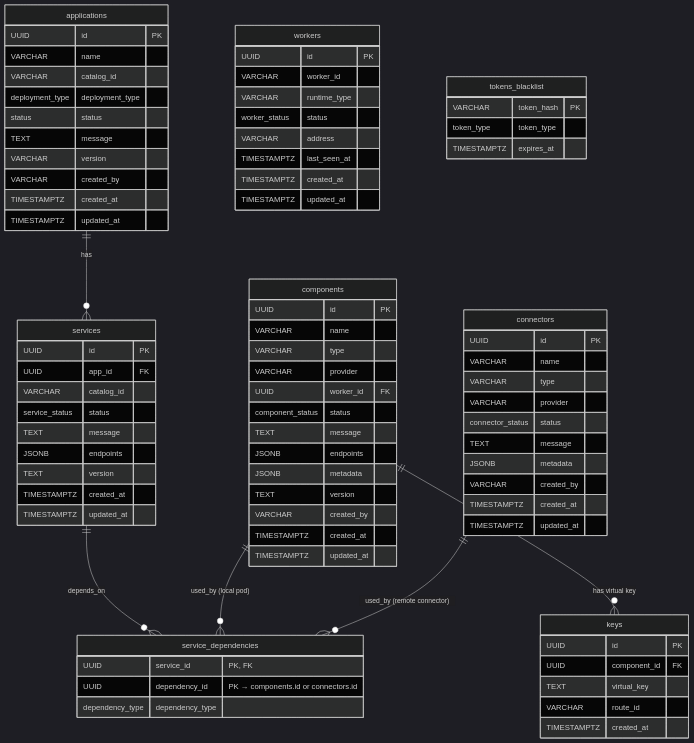
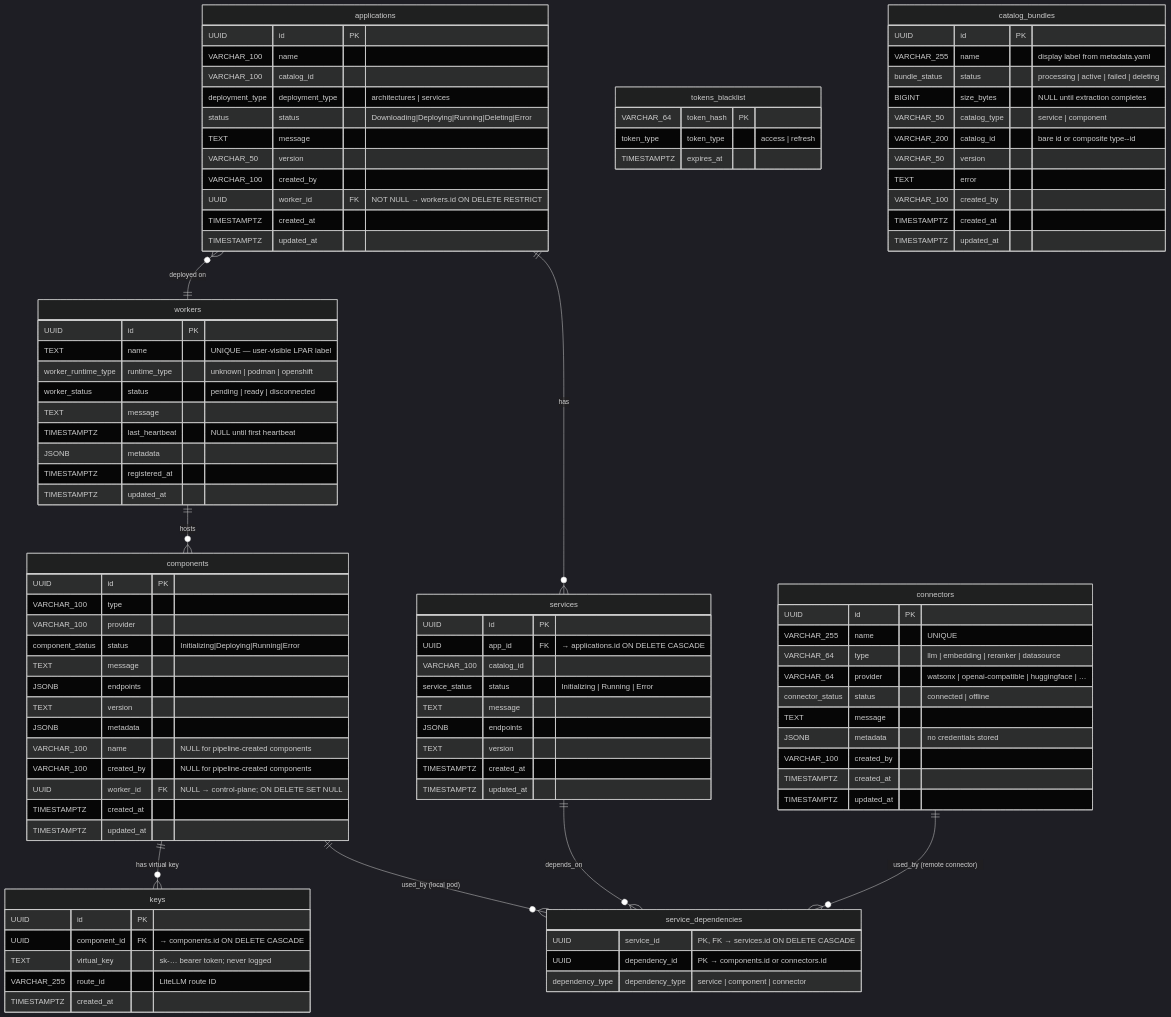
Before and after one commit to mayuka-c/project-ai-services: the diagram in docs/proposals/model-management/model-management-LLD.md, drawn with Mermaid (dark theme). The commit also changed other lines of this file, not shown here.

````diff
--- a/docs/proposals/model-management/model-management-LLD.md
+++ b/docs/proposals/model-management/model-management-LLD.md
@@ -590,93 +605,111 @@
 ```mermaid
 erDiagram
-    applications ||--o{ services : "has"
-    services ||--o{ service_dependencies : "depends_on"
-    components ||--o{ service_dependencies : "used_by (local pod)"
-    connectors ||--o{ service_dependencies : "used_by (remote connector)"
-    components ||--o{ keys : "has virtual key"
+    applications ||--o{ services          : "has"
+    applications }o--|| workers           : "deployed on"
+    services     ||--o{ service_dependencies : "depends_on"
+    components   ||--o{ service_dependencies : "used_by (local pod)"
+    connectors   ||--o{ service_dependencies : "used_by (remote connector)"
+    components   ||--o{ keys              : "has virtual key"
+    workers      ||--o{ components        : "hosts"
 
     applications {
-        UUID id PK
-        VARCHAR name
-        VARCHAR catalog_id
-        deployment_type deployment_type
-        status status
-        TEXT message
-        VARCHAR version
-        VARCHAR created_by
-        TIMESTAMPTZ created_at
-        TIMESTAMPTZ updated_at
+        UUID            id              PK
+        VARCHAR_100     name
+        VARCHAR_100     catalog_id
+        deployment_type deployment_type    "architectures | services"
+        status          status             "Downloading|Deploying|Running|Deleting|Error"
+        TEXT            message
+        VARCHAR_50      version
+        VARCHAR_100     created_by
+        UUID            worker_id       FK "NOT NULL → workers.id ON DELETE RESTRICT"
+        TIMESTAMPTZ     created_at
+        TIMESTAMPTZ     updated_at
     }
 
     services {
-        UUID id PK
-        UUID app_id FK
-        VARCHAR catalog_id
-        service_status status
-        TEXT message
-        JSONB endpoints
-        TEXT version
-        TIMESTAMPTZ created_at
-        TIMESTAMPTZ updated_at
+        UUID            id              PK
+        UUID            app_id          FK "→ applications.id ON DELETE CASCADE"
+        VARCHAR_100     catalog_id
+        service_status  status             "Initializing | Running | Error"
+        TEXT            message
+        JSONB           endpoints
+        TEXT            version
+        TIMESTAMPTZ     created_at
+        TIMESTAMPTZ     updated_at
     }
 
     components {
-        UUID id PK
-        VARCHAR name
-        VARCHAR type
-        VARCHAR provider
-        UUID worker_id FK
-        component_status status
-        TEXT message
-        JSONB endpoints
-        JSONB metadata
-        TEXT version
-        VARCHAR created_by
-        TIMESTAMPTZ created_at
-        TIMESTAMPTZ updated_at
+        UUID             id              PK
+        VARCHAR_100      type
+        VARCHAR_100      provider
+        component_status status             "Initializing|Deploying|Running|Error"
+        TEXT             message
+        JSONB            endpoints
+        TEXT             version
+        JSONB            metadata
+        VARCHAR_100      name               "NULL for pipeline-created components"
+        VARCHAR_100      created_by         "NULL for pipeline-created components"
+        UUID             worker_id       FK "NULL → control-plane; ON DELETE SET NULL"
+        TIMESTAMPTZ      created_at
+        TIMESTAMPTZ      updated_at
     }
 
     connectors {
-        UUID id PK
-        VARCHAR name
-        VARCHAR type
-        VARCHAR provider
-        connector_status status
-        TEXT message
-        JSONB metadata
-        VARCHAR created_by
-        TIMESTAMPTZ created_at
-        TIMESTAMPTZ updated_at
+        UUID             id              PK
+        VARCHAR_255      name               "UNIQUE"
+        VARCHAR_64       type               "llm | embedding | reranker | datasource"
+        VARCHAR_64       provider           "watsonx | openai-compatible | huggingface | …"
+        connector_status status             "connected | offline"
+        TEXT             message
+        JSONB            metadata           "no credentials stored"
+        VARCHAR_100      created_by
+        TIMESTAMPTZ      created_at
+        TIMESTAMPTZ      updated_at
     }
 
     workers {
-        UUID id PK
-        VARCHAR worker_id
-        VARCHAR runtime_type
-        worker_status status
-        VARCHAR address
-        TIMESTAMPTZ last_seen_at
-        TIMESTAMPTZ created_at
-        TIMESTAMPTZ updated_at
+        UUID                 id              PK
+        TEXT                 name               "UNIQUE — user-visible LPAR label"
+        worker_runtime_type  runtime_type       "unknown | podman | openshift"
+        worker_status        status             "pending | ready | disconnected"
+        TEXT                 message
+        TIMESTAMPTZ          last_heartbeat     "NULL until first heartbeat"
+        JSONB                metadata
+        TIMESTAMPTZ          registered_at
+        TIMESTAMPTZ          updated_at
     }
 
     keys {
-        UUID id PK
-        UUID component_id FK
-        TEXT virtual_key
-        VARCHAR route_id
+        UUID        id              PK
+        UUID        component_id    FK "→ components.id ON DELETE CASCADE"
+        TEXT        virtual_key        "sk-… bearer token; never logged"
+        VARCHAR_255 route_id           "LiteLLM route ID"
         TIMESTAMPTZ created_at
     }
 
     service_dependencies {
-        UUID service_id "PK, FK"
-        UUID dependency_id "PK → components.id or connectors.id"
-        dependency_type dependency_type
+        UUID            service_id      "PK, FK → services.id ON DELETE CASCADE"
+        UUID            dependency_id   "PK → components.id or connectors.id"
+        dependency_type dependency_type "service | component | connector"
     }
 
     tokens_blacklist {
-        VARCHAR token_hash PK
-        token_type token_type
+        VARCHAR_64  token_hash      PK
+        token_type  token_type         "access | refresh"
         TIMESTAMPTZ expires_at
     }
+
+    catalog_bundles {
+        UUID          id              PK
+        VARCHAR_255   name               "display label from metadata.yaml"
+        bundle_status status             "processing | active | failed | deleting"
+        BIGINT        size_bytes         "NULL until extraction completes"
+        VARCHAR_50    catalog_type       "service | component"
+        VARCHAR_200   catalog_id         "bare id or composite type--id"
+        VARCHAR_50    version
+        TEXT          error
+        VARCHAR_100   created_by
+        TIMESTAMPTZ   created_at
+        TIMESTAMPTZ   updated_at
+    }
 ```
````
